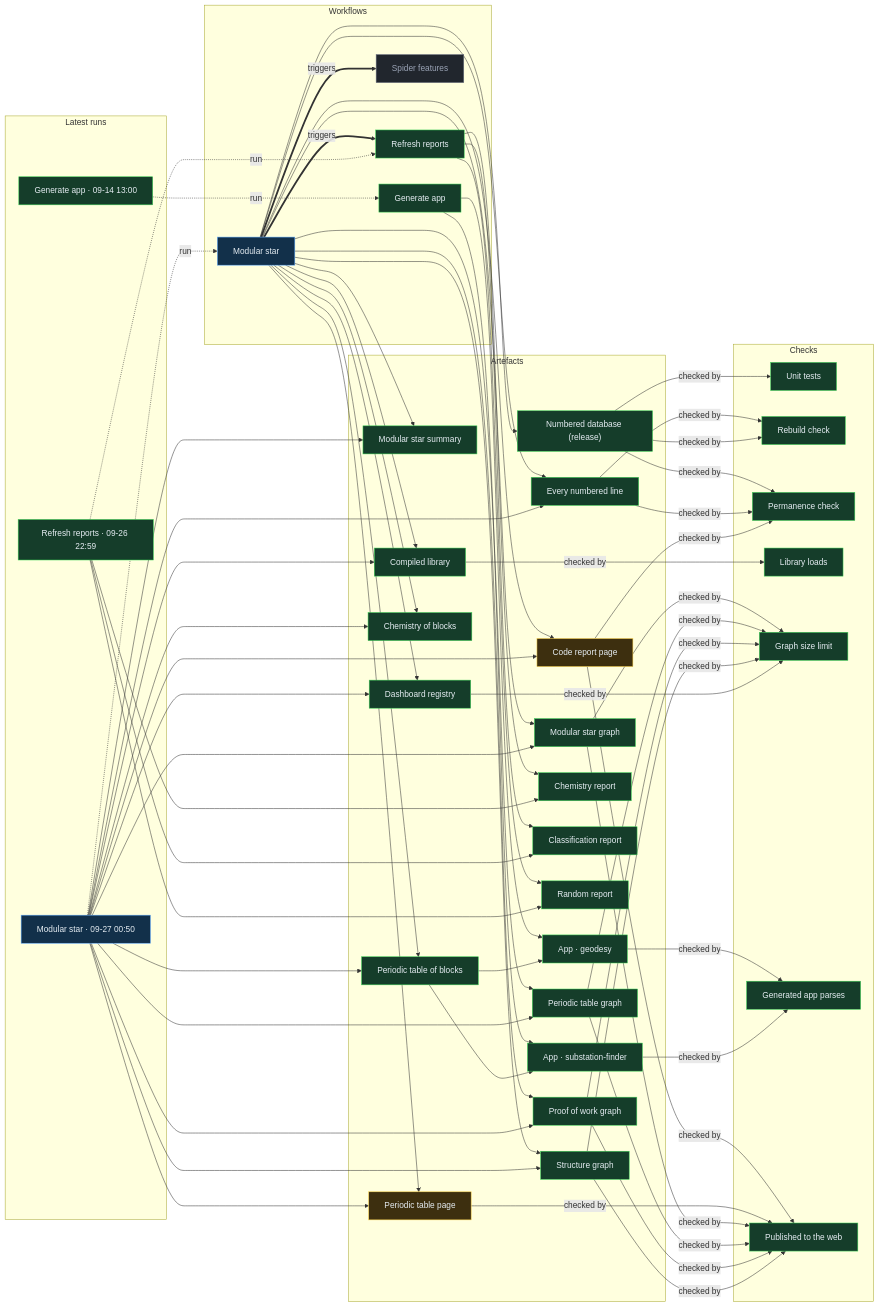
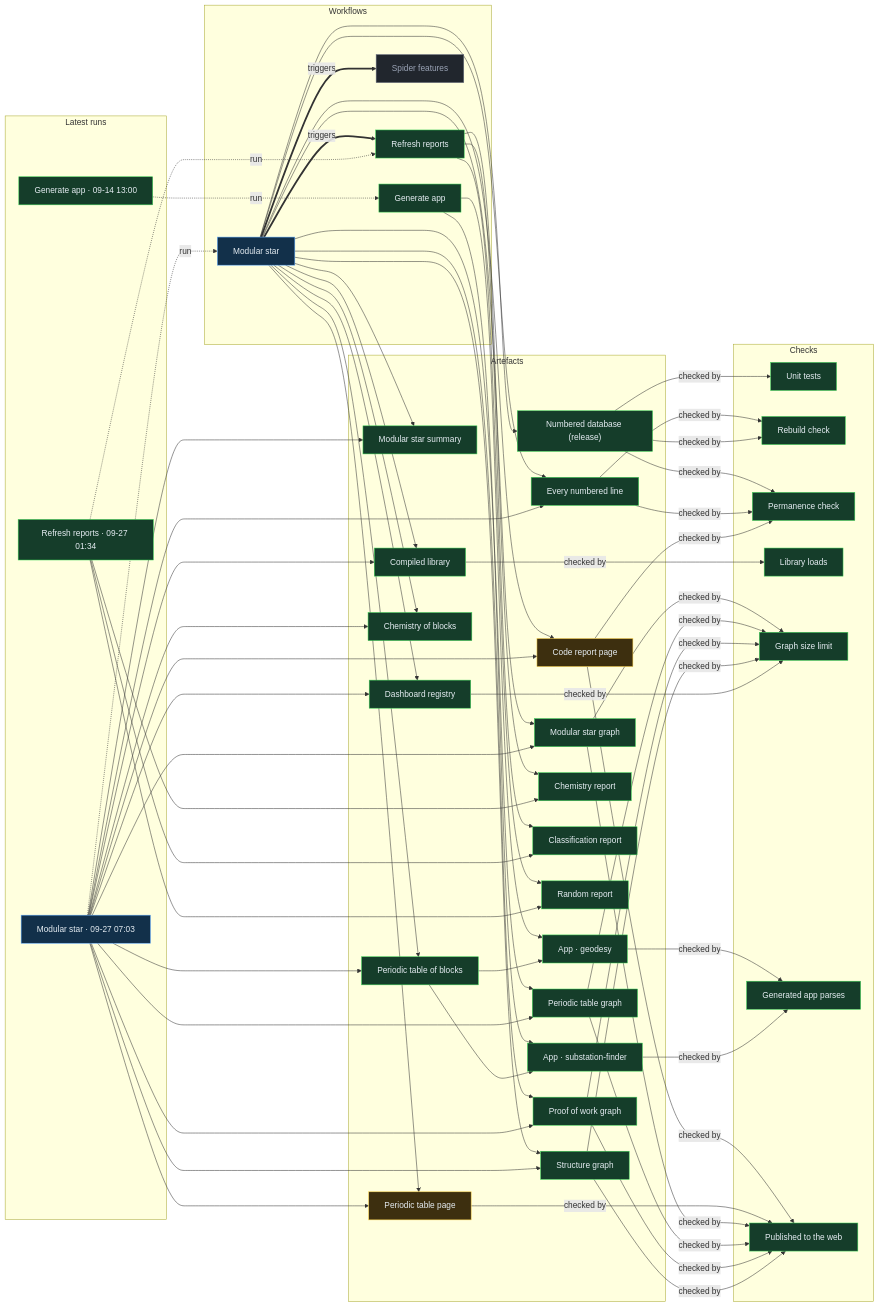
One commit to Ventusltd/stars changed the diagram in proof/PROOF.md. Above: the diagram before and after it, drawn with Mermaid. The commit also changed other lines of this file and 152 other files, not shown here.

Commit message:
Modular star 2026-09-27T07:05Z

```diff
--- a/proof/PROOF.md
+++ b/proof/PROOF.md
@@ -24,8 +24,8 @@
   n_wf_spider_features["Spider features"]:::off
   end
   subgraph g_runs["Latest runs"]
-  n_run_36283709976["Modular star · 09-27 00:50"]:::live
-  n_run_36278035520["Refresh reports · 09-26 22:59"]:::ok
+  n_run_36301948833["Modular star · 09-27 07:03"]:::live
+  n_run_36285958093["Refresh reports · 09-27 01:34"]:::ok
   n_run_34846587798["Generate app · 09-14 13:00"]:::ok
   end
   subgraph g_artefacts["Artefacts"]
@@ -59,39 +59,39 @@
   end
   n_wf_modular_star == triggers ==> n_wf_refresh
   n_wf_modular_star == triggers ==> n_wf_spider_features
-  n_run_36283709976 -. run .-> n_wf_modular_star
-  n_run_36278035520 -. run .-> n_wf_refresh
+  n_run_36301948833 -. run .-> n_wf_modular_star
+  n_run_36285958093 -. run .-> n_wf_refresh
   n_run_34846587798 -. run .-> n_wf_generate
   n_wf_modular_star --> n_art_summary
-  n_run_36283709976 --> n_art_summary
+  n_run_36301948833 --> n_art_summary
   n_wf_modular_star --> n_art_lines
-  n_run_36283709976 --> n_art_lines
+  n_run_36301948833 --> n_art_lines
   n_wf_modular_star --> n_art_code
-  n_run_36283709976 --> n_art_code
+  n_run_36301948833 --> n_art_code
   n_wf_modular_star --> n_art_modular_graph
-  n_run_36283709976 --> n_art_modular_graph
+  n_run_36301948833 --> n_art_modular_graph
   n_wf_modular_star --> n_art_blocks
-  n_run_36283709976 --> n_art_blocks
+  n_run_36301948833 --> n_art_blocks
   n_wf_modular_star --> n_art_table
-  n_run_36283709976 --> n_art_table
+  n_run_36301948833 --> n_art_table
   n_wf_modular_star --> n_art_blocks_graph
-  n_run_36283709976 --> n_art_blocks_graph
+  n_run_36301948833 --> n_art_blocks_graph
   n_wf_modular_star --> n_art_reactions
-  n_run_36283709976 --> n_art_reactions
+  n_run_36301948833 --> n_art_reactions
   n_wf_modular_star --> n_art_library
-  n_run_36283709976 --> n_art_library
+  n_run_36301948833 --> n_art_library
   n_wf_modular_star --> n_art_features
-  n_run_36283709976 --> n_art_features
+  n_run_36301948833 --> n_art_features
   n_wf_modular_star --> n_art_proof
-  n_run_36283709976 --> n_art_proof
+  n_run_36301948833 --> n_art_proof
   n_wf_modular_star --> n_art_structure
-  n_run_36283709976 --> n_art_structure
+  n_run_36301948833 --> n_art_structure
   n_wf_refresh --> n_art_chemistry
-  n_run_36278035520 --> n_art_chemistry
+  n_run_36285958093 --> n_art_chemistry
   n_wf_refresh --> n_art_vedic
-  n_run_36278035520 --> n_art_vedic
+  n_run_36285958093 --> n_art_vedic
   n_wf_refresh --> n_art_random
-  n_run_36278035520 --> n_art_random
+  n_run_36285958093 --> n_art_random
   n_wf_modular_star --> n_art_release
   n_wf_generate --> n_app_geodesy
   n_art_blocks --> n_app_geodesy
```
